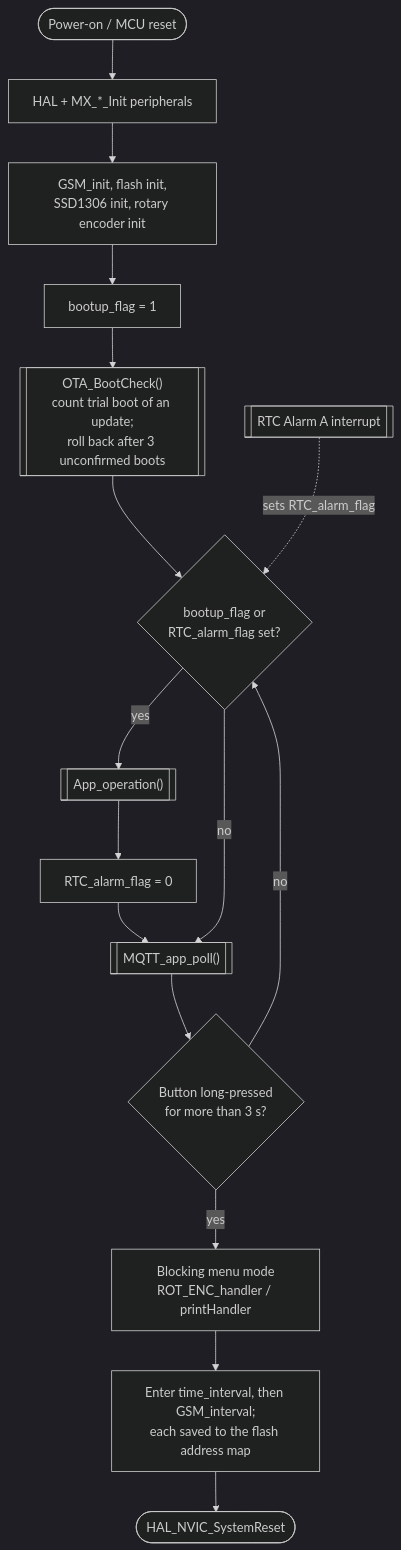
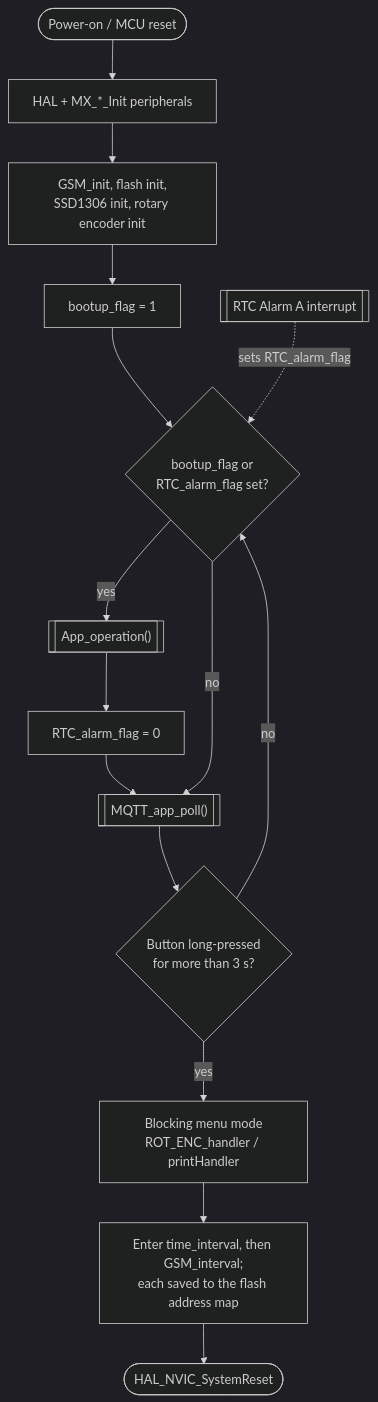
The second of 7 diagrams in README.md (anushka-prajose-tih/Closed_Loop_Irrigation), drawn with Mermaid (dark theme) before and after one commit. The commit also changed other lines of this file and 5 other files, not shown here.

````diff
--- a/README.md
+++ b/README.md
@@ -162,18 +162,17 @@
 ```mermaid
 flowchart TD
     A([Power-on / MCU reset]) --> B["HAL + MX_*_Init peripherals"]
     B --> C["GSM_init, flash init,<br>SSD1306 init, rotary encoder init"]
     C --> D["bootup_flag = 1"]
-    D --> OB[["OTA_BootCheck()<br>count trial boot of an update;<br>roll back after 3 unconfirmed boots"]]
-    OB --> L{"bootup_flag or<br>RTC_alarm_flag set?"}
+    D --> L{"bootup_flag or<br>RTC_alarm_flag set?"}
     L -->|yes| APP[["App_operation()"]]
     APP --> CLR["RTC_alarm_flag = 0"]
     CLR --> P
     L -->|no| P[["MQTT_app_poll()"]]
     P --> R{"Button long-pressed<br>for more than 3 s?"}
     R -->|no| L
     R -->|yes| MENU["Blocking menu mode<br>ROT_ENC_handler / printHandler"]
     MENU --> S["Enter time_interval, then GSM_interval;<br>each saved to the flash address map"]
     S --> RST([HAL_NVIC_SystemReset])
     IRQ[["RTC Alarm A interrupt"]] -. sets RTC_alarm_flag .-> L
 ```
````
